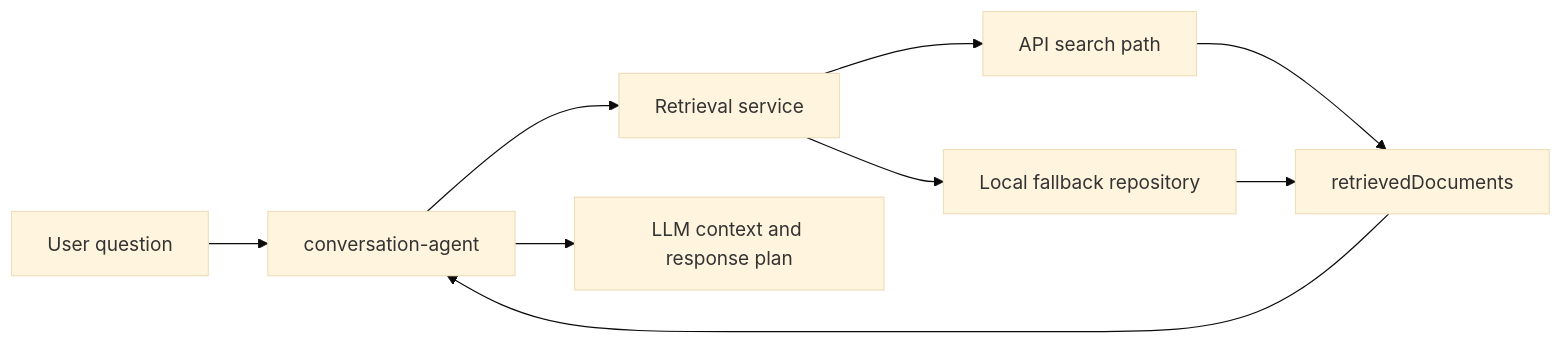
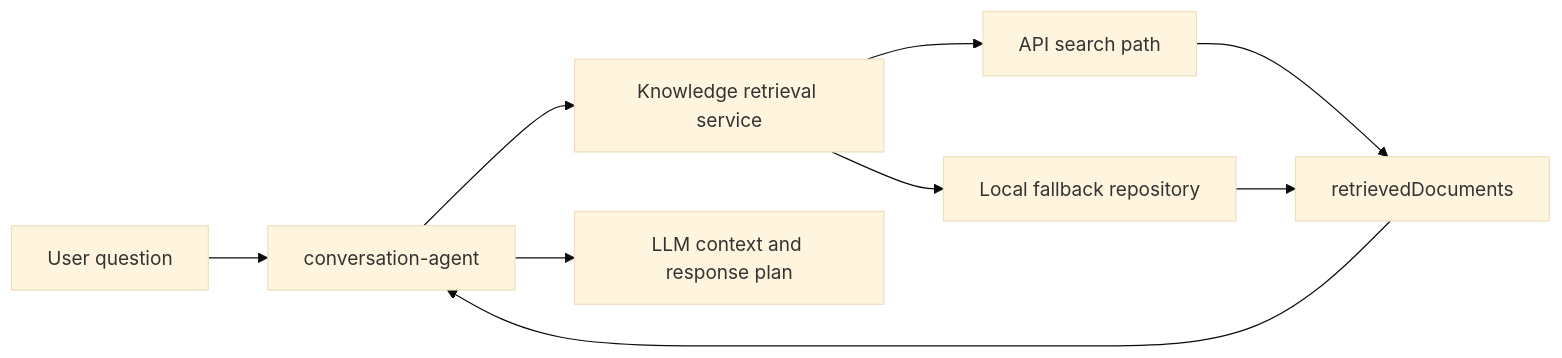
Before and after one commit to CiceroDeveloper01/rag-platform: the diagram in docs/wiki/RAG-Architecture.md, drawn with Mermaid (base theme). The commit also changed other lines of this file and 94 other files, not shown here.

````diff
--- a/docs/wiki/RAG-Architecture.md
+++ b/docs/wiki/RAG-Architecture.md
@@ -13,11 +13,11 @@
 ```mermaid
 flowchart LR
     UserQuestion[User question] --> ConversationAgent[conversation-agent]
-    ConversationAgent --> Retrieval[Retrieval service]
+    ConversationAgent --> Retrieval[Knowledge retrieval service]
     Retrieval --> APISearch[API search path]
     Retrieval --> LocalFallback[Local fallback repository]
     APISearch --> Context[retrievedDocuments]
     LocalFallback --> Context
     Context --> ConversationAgent
     ConversationAgent --> Response[LLM context and response plan]
 ```
````
